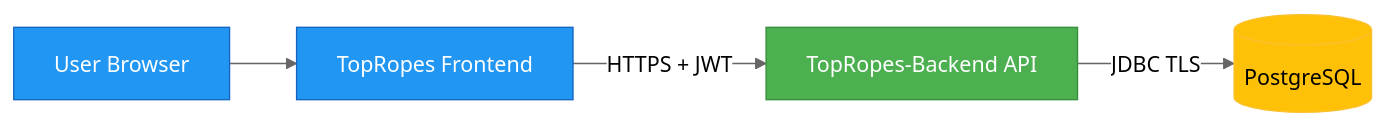
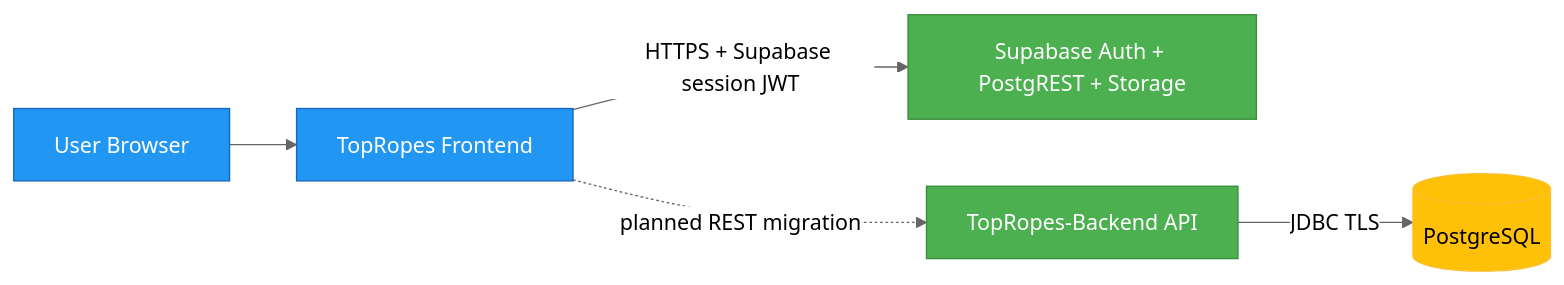
One commit to BitStunner/TopRopes-Backend changed the diagram in docs/architecture/SECURITY_ARCHITECTURE.md. Above: the diagram before and after it, drawn with Mermaid. The commit also changed other lines of this file and 4 other files, not shown here.

````diff
--- a/docs/architecture/SECURITY_ARCHITECTURE.md
+++ b/docs/architecture/SECURITY_ARCHITECTURE.md
@@ -5,15 +9,16 @@
 ```mermaid
 %%{init: {'theme': 'neutral'}}%%
 flowchart LR
   U[User Browser] --> F[TopRopes Frontend]
-  F -->|HTTPS + JWT| B[TopRopes-Backend API]
+  F -->|HTTPS + Supabase session JWT| S[Supabase Auth + PostgREST + Storage]
+  F -. planned REST migration .-> B[TopRopes-Backend API]
   B -->|JDBC TLS| P[(PostgreSQL)]
 
   classDef ext fill:#2196F3,stroke:#1565C0,color:#fff;
   classDef app fill:#4CAF50,stroke:#388E3C,color:#fff;
   classDef data fill:#FFC107,stroke:#FBC02D,color:#000;
 
   class U,F ext;
-  class B app;
+  class S,B app;
   class P data;
 ```
````
